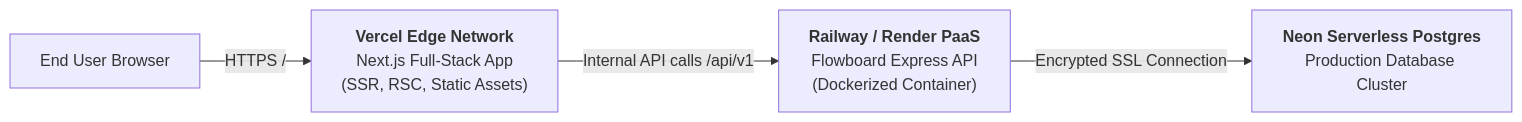
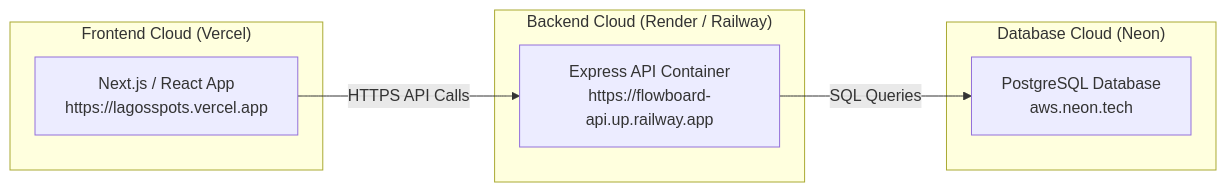
Before and after one commit to ajibolagenius/LagosDataSchool: the fourth of 4 diagrams in full_stack_development_class_notes/Week 20_ Docker, CI-CD & Deployment.md, drawn with Mermaid. The commit also changed other lines of this file and 20 other files, not shown here.

````diff
--- a/full_stack_development_class_notes/Week 20_ Docker, CI-CD & Deployment.md
+++ b/full_stack_development_class_notes/Week 20_ Docker, CI-CD & Deployment.md
@@ -254,6 +221,17 @@
 ```mermaid
-flowchart LR
-    User["End User Browser"] -->|"HTTPS /"| Vercel["<b>Vercel Edge Network</b><br/>Next.js Full-Stack App<br/>(SSR, RSC, Static Assets)"]
-    Vercel -->|"Internal API calls /api/v1"| Backend["<b>Railway / Render PaaS</b><br/>Flowboard Express API<br/>(Dockerized Container)"]
-    Backend -->|"Encrypted SSL Connection"| NeonDB["<b>Neon Serverless Postgres</b><br/>Production Database Cluster"]
+graph LR
+    subgraph Frontend ["Frontend Cloud (Vercel)"]
+        V["Next.js / React App<br/>https://lagosspots.vercel.app"]
+    end
+
+    subgraph Backend ["Backend Cloud (Render / Railway)"]
+        R["Express API Container<br/>https://flowboard-api.up.railway.app"]
+    end
+
+    subgraph Database ["Database Cloud (Neon)"]
+        DB["PostgreSQL Database<br/>aws.neon.tech"]
+    end
+
+    V -->|"HTTPS API Calls"| R
+    R -->|"SQL Queries"| DB
 ```
````
